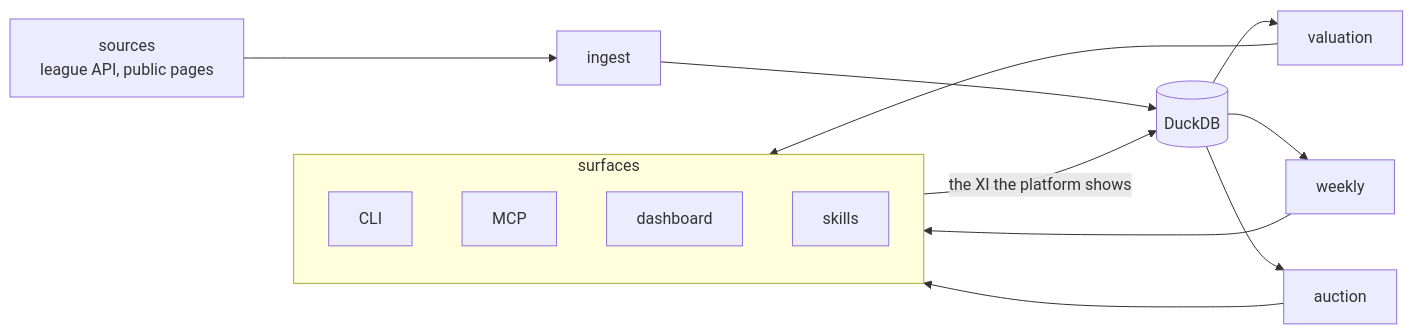
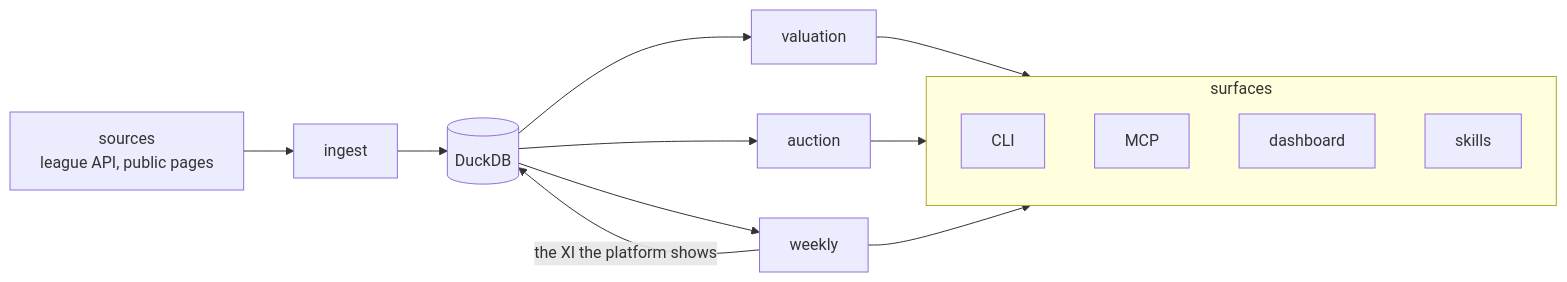
One commit to gianmarcocalbi/fantaclaude changed the diagram in site/docs/architecture/index.md. Above: the diagram before and after it, drawn with Mermaid. The commit also changed other lines of this file and 12 other files, not shown here.

````diff
--- a/site/docs/architecture/index.md
+++ b/site/docs/architecture/index.md
@@ -6,18 +6,18 @@
 ```mermaid
 flowchart LR
   SRC["sources<br/>league API, public pages"] --> ING["ingest"]
   ING --> DB[("DuckDB")]
   DB --> VAL["valuation"]
   DB --> WEEK["weekly"]
   DB --> AUC["auction"]
   VAL --> SURF
   AUC --> SURF
   subgraph SURF["surfaces"]
     CLI["CLI"]
     MCP["MCP"]
     DASH["dashboard"]
     SKILLS["skills"]
   end
   WEEK --> SURF
-  SURF -- "the XI the platform shows" --> DB
+  WEEK -- "the XI the platform shows" --> DB
 ```
````
